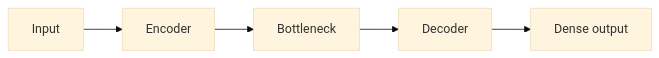
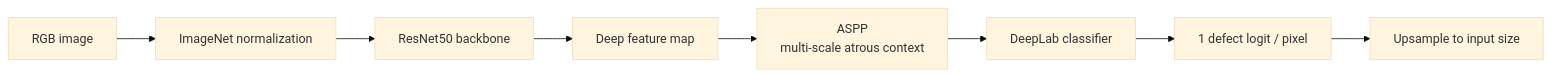
One commit to santiagoAvellaR/industrial-defect-vision changed the sixth of 9 diagrams in docs/learning/deep-learning/architectures/README.md. Above: the diagram before and after it, drawn with Mermaid (base theme). The commit also changed other lines of this file, not shown here.

Commit message:
docs(learning): expand architecture atlas through DeepLabV3

````diff
--- a/docs/learning/deep-learning/architectures/README.md
+++ b/docs/learning/deep-learning/architectures/README.md
@@ -224,7 +191,10 @@
 ```mermaid
 flowchart LR
-    A[Input] --> B[Encoder]
-    B --> C[Bottleneck]
-    C --> D[Decoder]
-    D --> E[Dense output]
+    A[RGB image] --> B[ImageNet normalization]
+    B --> C[ResNet50 backbone]
+    C --> D[Deep feature map]
+    D --> E[ASPP<br/>multi-scale atrous context]
+    E --> F[DeepLab classifier]
+    F --> G[1 defect logit / pixel]
+    G --> H[Upsample to input size]
 ```
````
